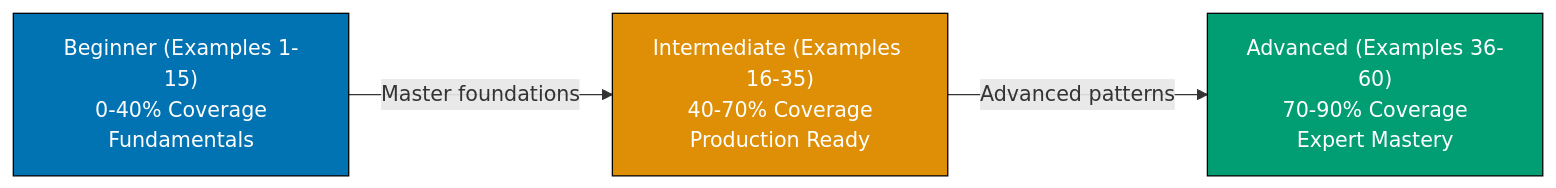
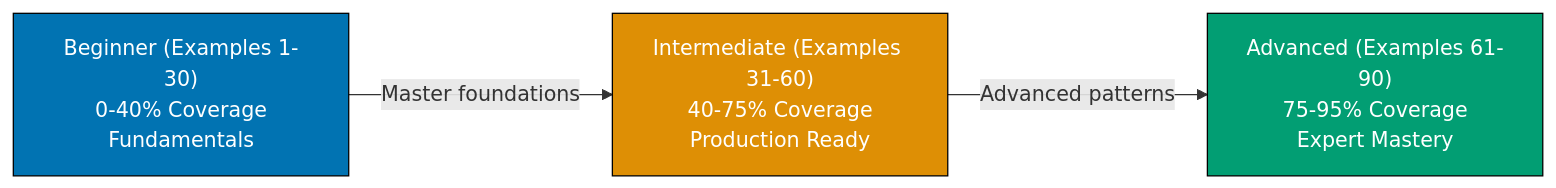
One commit to wahidyankf/open-sharia-enterprise changed the diagram in apps/ayokoding-web/content/en/learn/software-engineering/programming-language/golang/tutorials/by-example/overview.md. Above: the diagram before and after it, drawn with Mermaid. The commit also changed other lines of this file and 37 other files, not shown here.

````diff
--- a/apps/ayokoding-web/content/en/learn/software-engineering/programming-language/golang/tutorials/by-example/overview.md
+++ b/apps/ayokoding-web/content/en/learn/software-engineering/programming-language/golang/tutorials/by-example/overview.md
@@ -29,14 +29,14 @@
 ```mermaid
 %% Color Palette: Blue #0173B2, Orange #DE8F05, Teal #029E73, Purple #CC78BC, Brown #CA9161
 graph LR
-    A["Beginner (Examples 1-15)<br/>0-40% Coverage<br/>Fundamentals"]
-    B["Intermediate (Examples 16-35)<br/>40-70% Coverage<br/>Production Ready"]
-    C["Advanced (Examples 36-60)<br/>70-90% Coverage<br/>Expert Mastery"]
+    A["Beginner (Examples 1-30)<br/>0-40% Coverage<br/>Fundamentals"]
+    B["Intermediate (Examples 31-60)<br/>40-75% Coverage<br/>Production Ready"]
+    C["Advanced (Examples 61-90)<br/>75-95% Coverage<br/>Expert Mastery"]
 
     A -->|Master foundations| B
     B -->|Advanced patterns| C
 
     style A fill:#0173B2,stroke:#000,color:#fff
     style B fill:#DE8F05,stroke:#000,color:#fff
     style C fill:#029E73,stroke:#000,color:#fff
 ```
````
